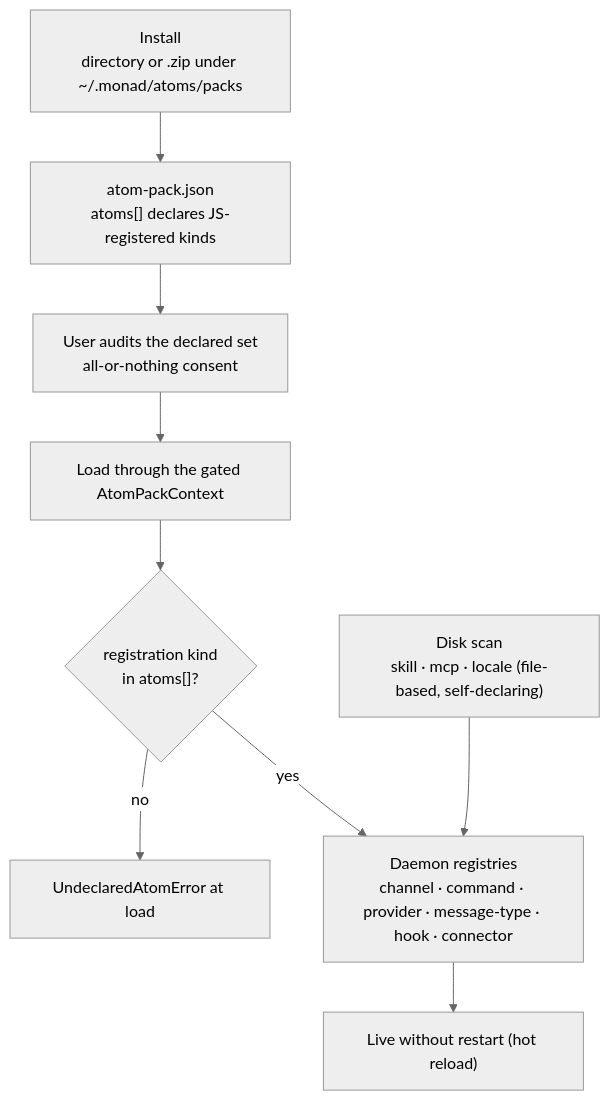
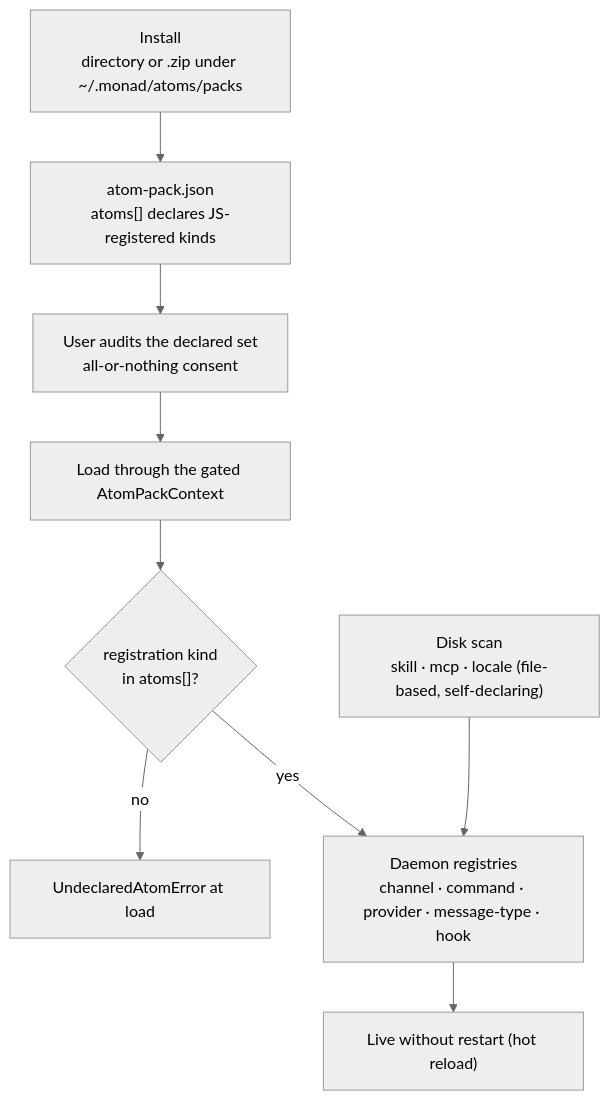
Before and after one commit to Monadix-AI/monad: the diagram in docs/internals/infra/atoms.md, drawn with Mermaid (neutral theme). The commit also changed other lines of this file and 35 other files, not shown here.

````diff
--- a/docs/internals/infra/atoms.md
+++ b/docs/internals/infra/atoms.md
@@ -15,11 +15,11 @@
 ```mermaid
 flowchart TB
   Install["Install<br/>directory or .zip under ~/.monad/atoms/packs"] --> Manifest["atom-pack.json<br/>atoms[] declares JS-registered kinds"]
   Manifest --> Consent["User audits the declared set<br/>all-or-nothing consent"]
   Consent --> Load["Load through the gated AtomPackContext"]
   Load --> JS{"registration kind<br/>in atoms[]?"}
   JS -- no --> Err["UndeclaredAtomError at load"]
-  JS -- yes --> Reg["Daemon registries<br/>channel · command · provider · message-type · hook · connector"]
+  JS -- yes --> Reg["Daemon registries<br/>channel · command · provider · message-type · hook"]
   Scan["Disk scan<br/>skill · mcp · locale (file-based, self-declaring)"] --> Reg
   Reg --> Live["Live without restart (hot reload)"]
 ```
````
